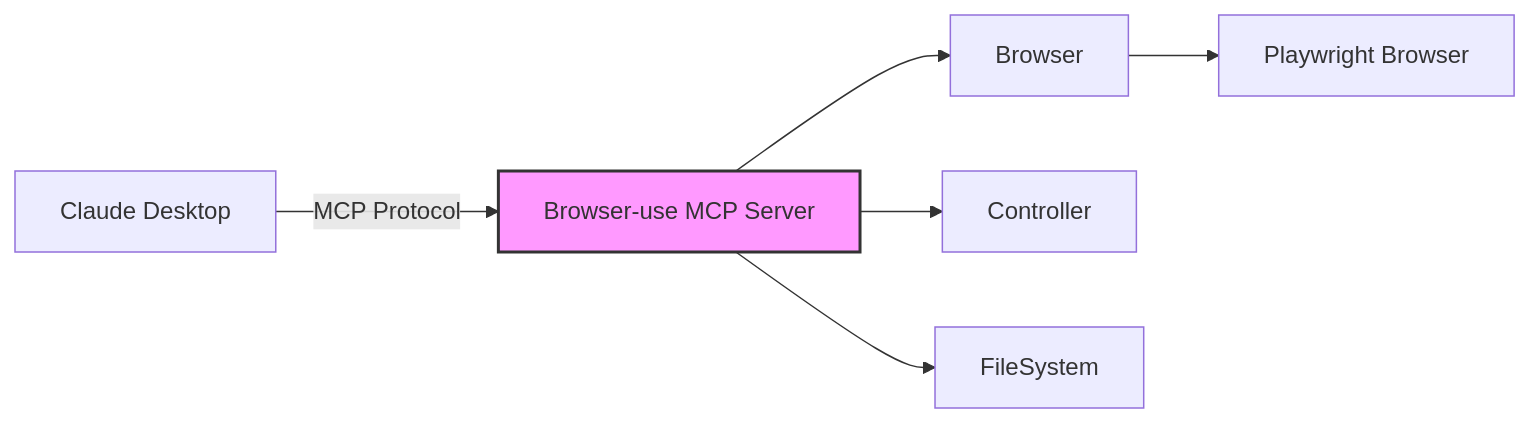
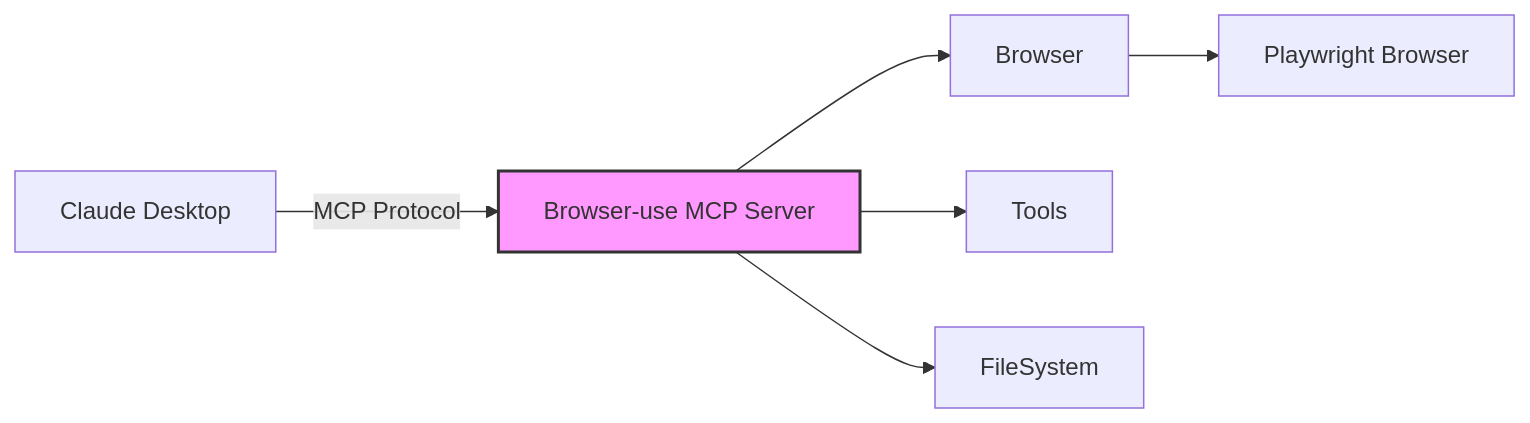
The diagram in docs/customize/mcp-server.mdx (soyun11/browser-use), drawn with Mermaid before and after one commit. The commit also changed 32 other files, not shown here.

````diff
--- a/docs/customize/mcp-server.mdx
+++ b/docs/customize/mcp-server.mdx
@@ -18,10 +18,10 @@
 ```mermaid
 graph LR
     A[Claude Desktop] -->|MCP Protocol| B[Browser-use MCP Server]
     B --> C[Browser]
-    B --> D[Controller]
+    B --> D[Tools]
     B --> E[FileSystem]
     C --> F[Playwright Browser]
     
     style B fill:#f9f,stroke:#333,stroke-width:2px
 ```
````
